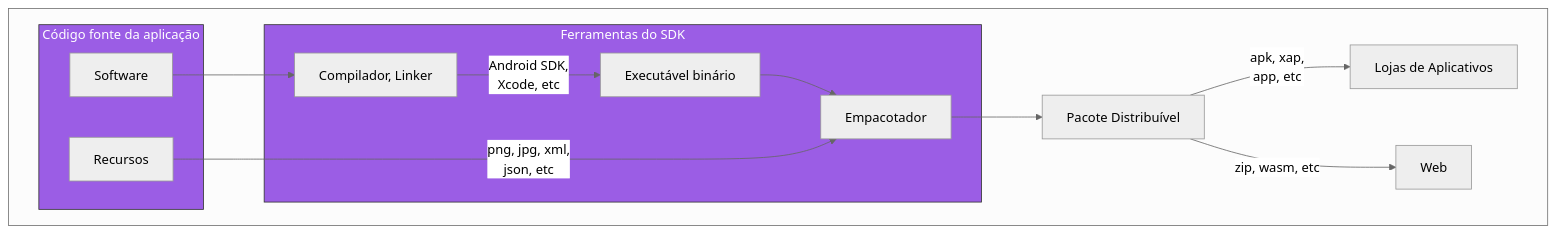
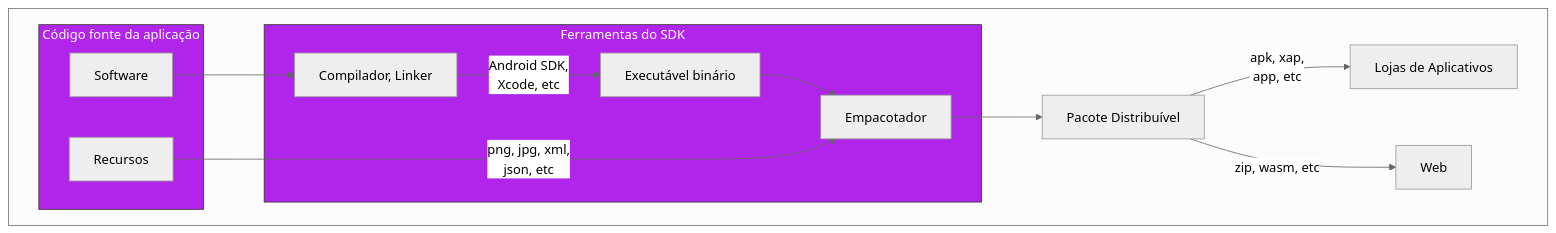
Before and after one commit to rsicarelli/KMP-101: the first of 13 diagrams in posts/KMP101-parte1.md, drawn with Mermaid (neutral theme). The commit also changed other lines of this file, not shown here.

Commit message:
added KMP arquitecture diagram

````diff
--- a/posts/KMP101-parte1.md
+++ b/posts/KMP101-parte1.md
@@ -37,22 +37,22 @@
 ```mermaid
 graph TD
     subgraph " "
         subgraph area1 ["Código fonte da aplicação"]
             A[Código Fonte do Software]
             C[Recursos]
         end
         subgraph area2 ["Ferramentas do SDK"]
             B[Compilador, Linker]
             D[Empacotador]
             B -->|Android SDK,<br> Xcode, etc| E[Executável binário] --> D
         end
 
         A[Software] --> B
         D --> F[Pacote Distribuível]
         F -->|apk, xap, <br> app, etc| G[Lojas de Aplicativos]
         F -->|zip, wasm, etc| GG[Web]
         C -->|png, jpg, xml, <br> json, etc| D[Empacotador]
-        classDef area fill: #9b5de5, color: #fff, stroke: #333, stroke-width: 1px
+        classDef area fill: #B125EA, color: #fff, stroke: #333, stroke-width: 1px
         class area1,area2 area
     end
 ```
````
